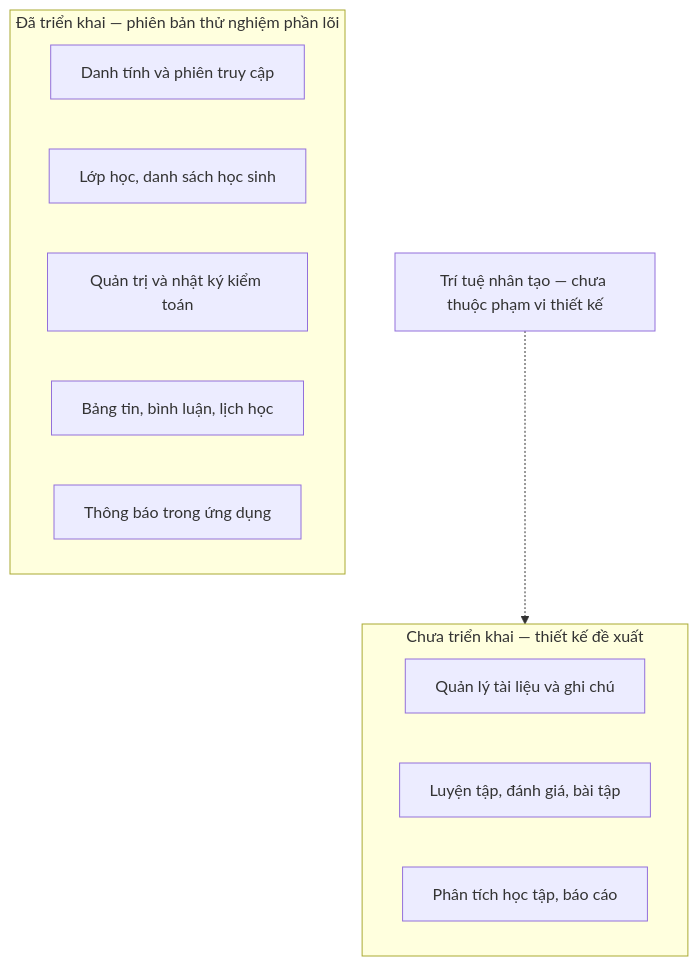
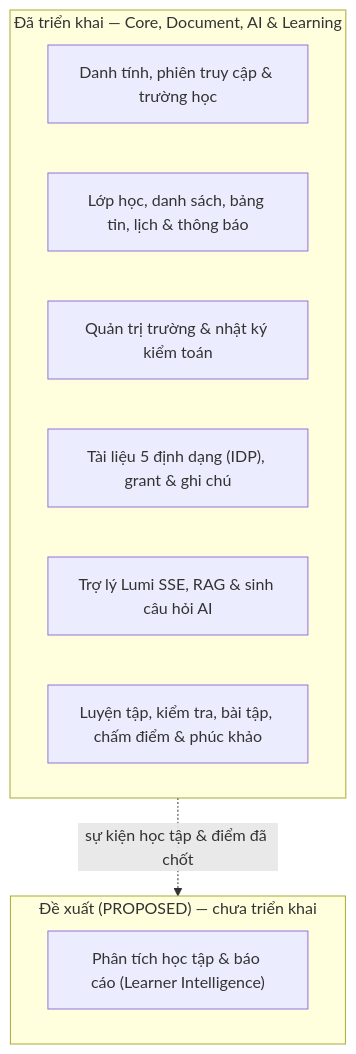
The diagram in docs/architect/lumi-design/diagrams_arch/A02_Capability_Map.mmd (quantd0106/DATN), drawn with Mermaid before and after one commit. The commit also changed 107 other files, not shown here.

```diff
--- a/docs/architect/lumi-design/diagrams_arch/A02_Capability_Map.mmd
+++ b/docs/architect/lumi-design/diagrams_arch/A02_Capability_Map.mmd
@@ -1,14 +1,13 @@
 flowchart TB
-  subgraph Core["Đã triển khai — phiên bản thử nghiệm phần lõi"]
-    I["Danh tính và phiên truy cập"]
-    C["Lớp học, danh sách học sinh"]
-    A["Quản trị và nhật ký kiểm toán"]
-    S["Bảng tin, bình luận, lịch học"]
-    N["Thông báo trong ứng dụng"]
+  subgraph Implemented["Đã triển khai — Core, Document, AI & Learning"]
+    I["Danh tính, phiên truy cập & trường học"]
+    C["Lớp học, danh sách, bảng tin, lịch & thông báo"]
+    A["Quản trị trường & nhật ký kiểm toán"]
+    D["Tài liệu 5 định dạng (IDP), grant & ghi chú"]
+    AI["Trợ lý Lumi SSE, RAG & sinh câu hỏi AI"]
+    L["Luyện tập, kiểm tra, bài tập, chấm điểm & phúc khảo"]
   end
-  subgraph Future["Chưa triển khai — thiết kế đề xuất"]
-    D["Quản lý tài liệu và ghi chú"]
-    L["Luyện tập, đánh giá, bài tập"]
-    R["Phân tích học tập, báo cáo"]
+  subgraph Proposed["Đề xuất (PROPOSED) — chưa triển khai"]
+    R["Phân tích học tập & báo cáo (Learner Intelligence)"]
   end
-  AI["Trí tuệ nhân tạo — chưa thuộc phạm vi thiết kế"] -.-> Future
+  Implemented -. "sự kiện học tập & điểm đã chốt" .-> Proposed
```
